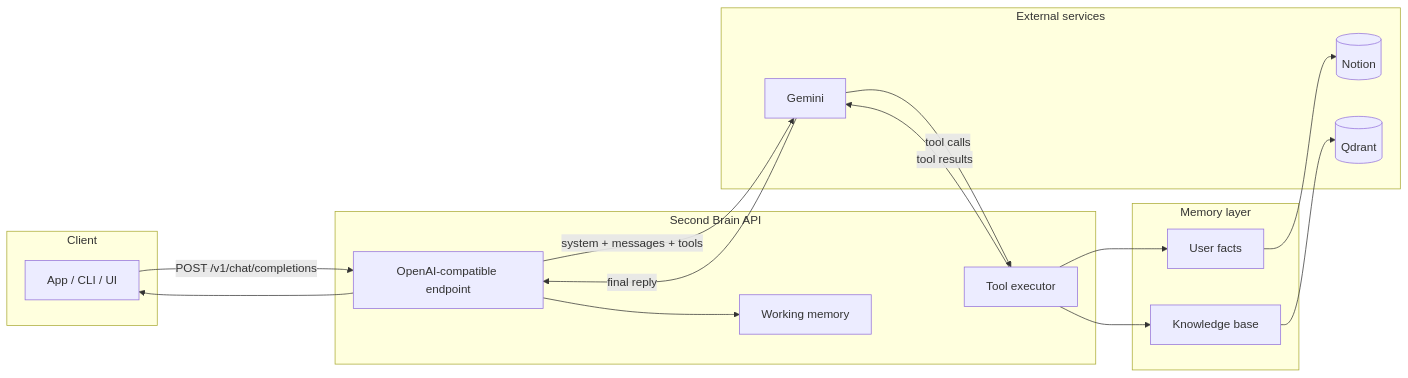
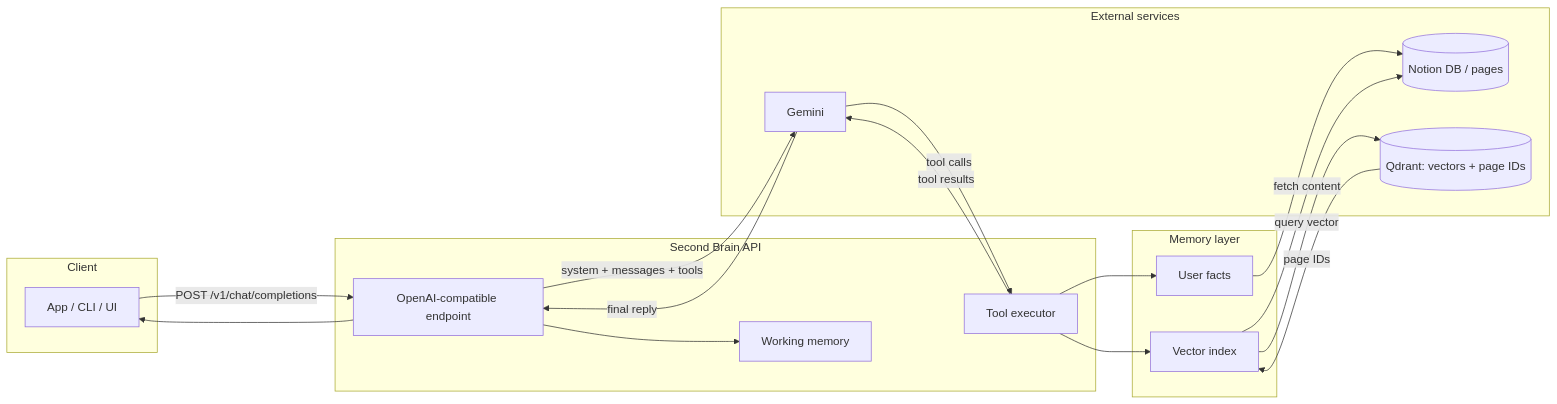
Before and after one commit to ziyixi/SecondBrain: the diagram in README.md, drawn with Mermaid. The commit also changed other lines of this file and 2 other files, not shown here.

First line of the commit message:
Refine README and TECH documentation for knowledge management

````diff
--- a/README.md
+++ b/README.md
@@ -20,35 +20,37 @@
 ```mermaid
 flowchart LR
     subgraph Client
         A[App / CLI / UI]
     end
 
     subgraph SecondBrain["Second Brain API"]
         B[OpenAI-compatible endpoint]
         C[Working memory]
         D[Tool executor]
     end
 
     subgraph Memory["Memory layer"]
         E[User facts]
-        F[Knowledge base]
+        F[Vector index]
     end
 
     subgraph External["External services"]
-        G[(Notion)]
-        H[(Qdrant)]
+        G[(Notion DB / pages)]
+        H[(Qdrant: vectors + page IDs)]
         I[Gemini]
     end
 
     A -->|POST /v1/chat/completions| B
     B --> C
     B -->|system + messages + tools| I
     I -->|tool calls| D
     D --> E
     D --> F
     E --> G
-    F --> H
+    F -->|query vector| H
+    H -->|page IDs| F
+    F -->|fetch content| G
     D -->|tool results| I
     I -->|final reply| B
     B --> A
 ```
````
